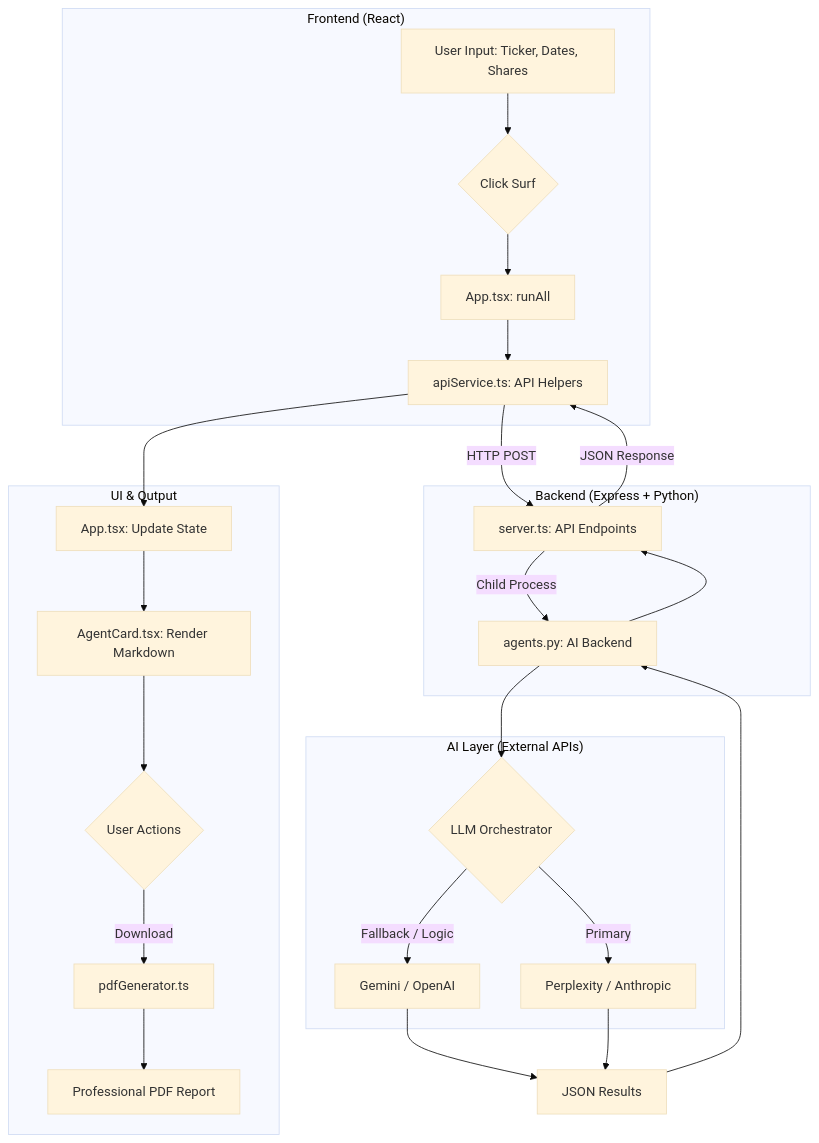
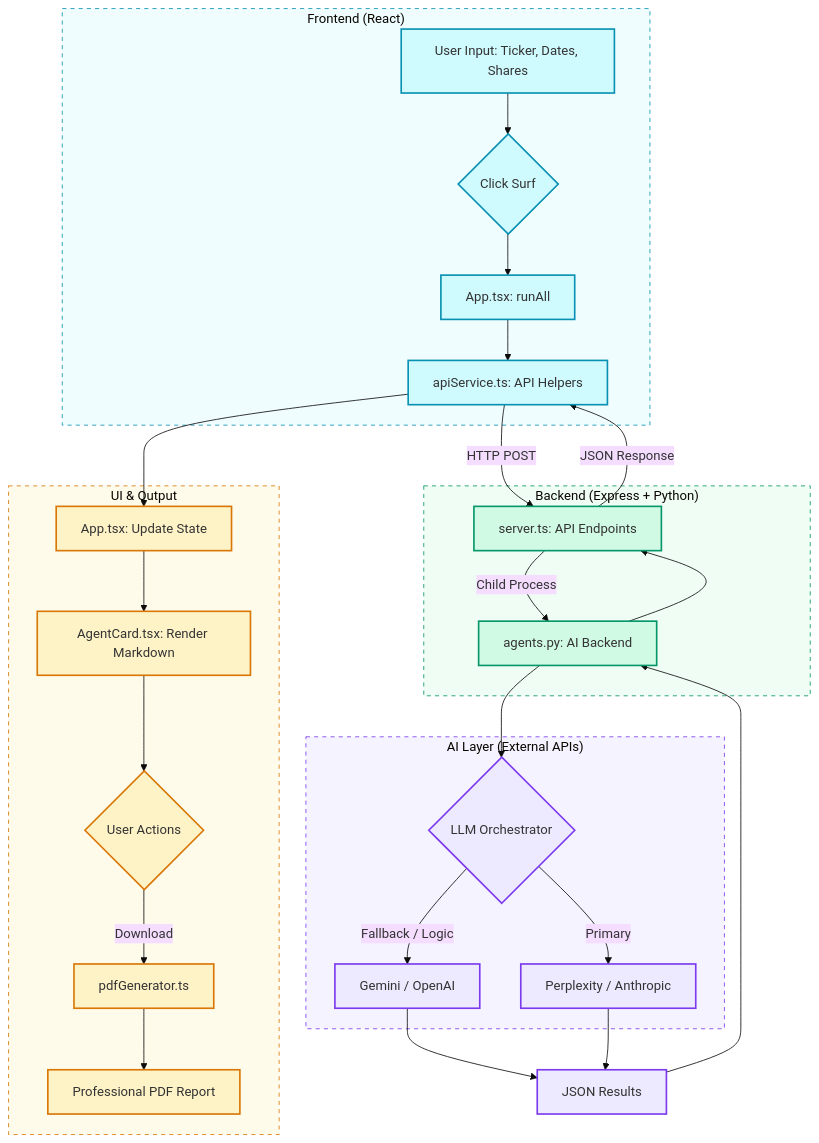
Before and after one commit to sachined/FinSurf: the first of 2 diagrams in README.md, drawn with Mermaid (base theme). The commit also changed other lines of this file and 6 other files, not shown here.

First line of the commit message:
refactor: improve PDF generation, README diagrams, and UI compactness

````diff
--- a/README.md
+++ b/README.md
@@ -59,32 +59,48 @@
 ```mermaid
 graph TD
-    subgraph "Frontend (React)"
+    classDef fe fill:#cffafe,stroke:#0891b2,stroke-width:2px;
+    classDef be fill:#d1fae5,stroke:#059669,stroke-width:2px;
+    classDef ai fill:#ede9fe,stroke:#7c3aed,stroke-width:2px;
+    classDef ui fill:#fef3c7,stroke:#d97706,stroke-width:2px;
+
+    subgraph FE["Frontend (React)"]
         A[User Input: Ticker, Dates, Shares] --> B{Click Surf}
         B --> C[App.tsx: runAll]
         C --> D[apiService.ts: API Helpers]
     end
 
-    subgraph "Backend (Express + Python)"
+    subgraph BE["Backend (Express + Python)"]
         D -->|HTTP POST| E[server.ts: API Endpoints]
         E -->|Child Process| F[agents.py: AI Backend]
     end
 
-    subgraph "AI Layer (External APIs)"
+    subgraph AL["AI Layer (External APIs)"]
         F --> G{LLM Orchestrator}
         G -->|Primary| H[Perplexity / Anthropic]
         G -->|Fallback / Logic| I[Gemini / OpenAI]
     end
 
     I --> J[JSON Results]
     H --> J
     J --> F
     F --> E
     E -->|JSON Response| D
     D --> K[App.tsx: Update State]
-    subgraph UI_Output["UI & Output"]
+    
+    subgraph UI["UI & Output"]
         K --> L[AgentCard.tsx: Render Markdown]
         L --> M{User Actions}
         M -->|Download| N[pdfGenerator.ts]
         N --> O[Professional PDF Report]
     end
+
+    class A,B,C,D fe;
+    class E,F be;
+    class G,H,I,J ai;
+    class K,L,M,N,O ui;
+
+    style FE fill:#f0fdff,stroke:#0891b2,stroke-width:1px,stroke-dasharray: 5 5;
+    style BE fill:#f0fdf4,stroke:#059669,stroke-width:1px,stroke-dasharray: 5 5;
+    style AL fill:#f5f3ff,stroke:#7c3aed,stroke-width:1px,stroke-dasharray: 5 5;
+    style UI fill:#fffbeb,stroke:#d97706,stroke-width:1px,stroke-dasharray: 5 5;
 ```
````
